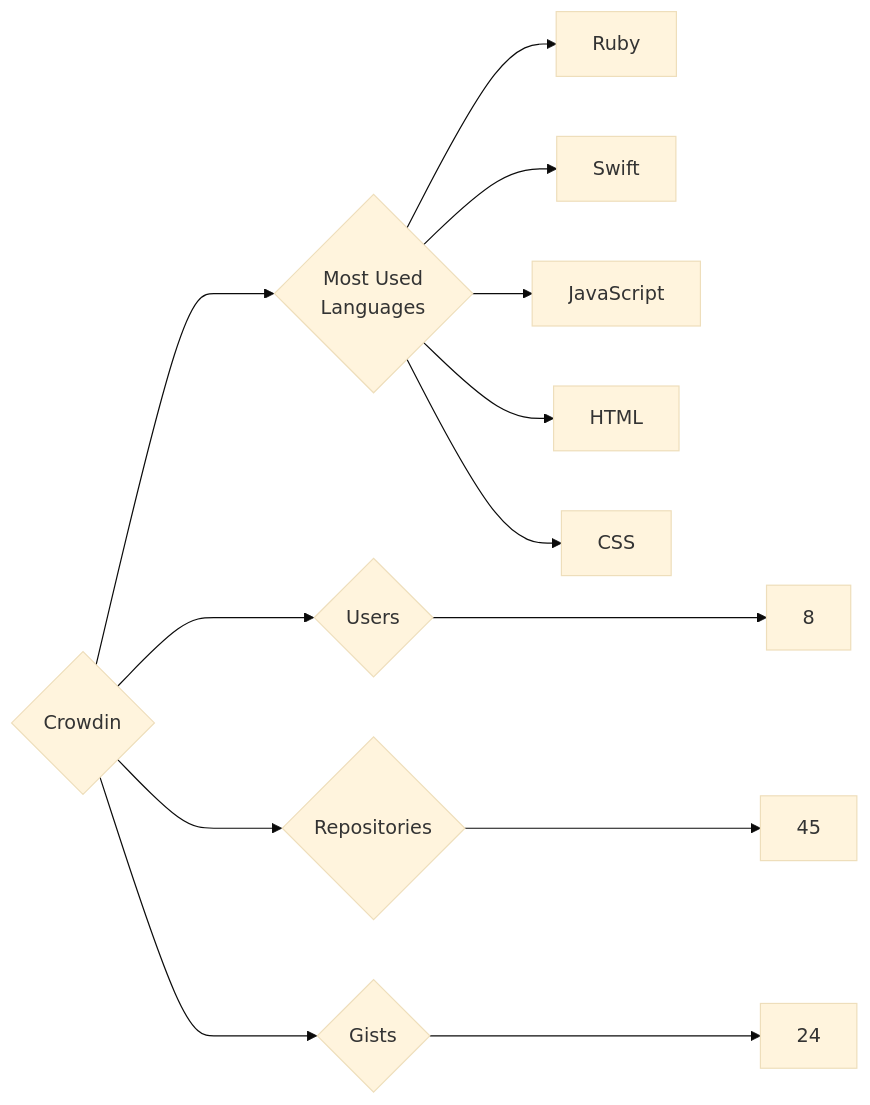
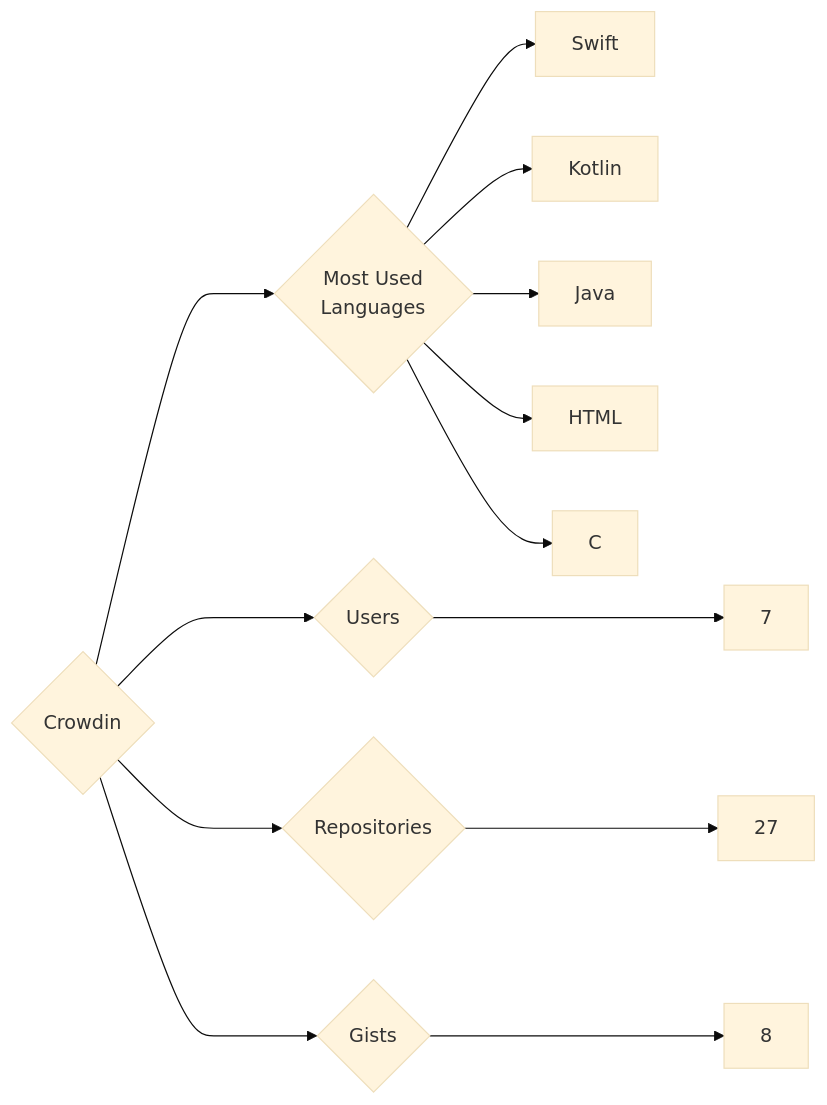
Before and after one commit to trickest/insiders: the diagram in targets/Crowdin/README.md, drawn with Mermaid (base theme). The commit also changed 1141 other files, not shown here.

````diff
--- a/targets/Crowdin/README.md
+++ b/targets/Crowdin/README.md
@@ -3,13 +3,13 @@
 ```mermaid
 graph LR
 COMPANY_NAME{Crowdin}
-COMPANY_NAME ---> U{Users} ---> UN[8]
-COMPANY_NAME ---> R{Repositories} ---> RN[45]
-COMPANY_NAME ---> G{Gists} ---> GN[24]
+COMPANY_NAME ---> U{Users} ---> UN[7]
+COMPANY_NAME ---> R{Repositories} ---> RN[27]
+COMPANY_NAME ---> G{Gists} ---> GN[8]
 COMPANY_NAME ---> ML{Most Used<br>Languages}
-ML --> Ruby[Ruby]
 ML --> Swift[Swift]
-ML --> JavaScript[JavaScript]
+ML --> Kotlin[Kotlin]
+ML --> Java[Java]
 ML --> HTML[HTML]
-ML --> CSS[CSS]
+ML --> C[C]
 ```
````
